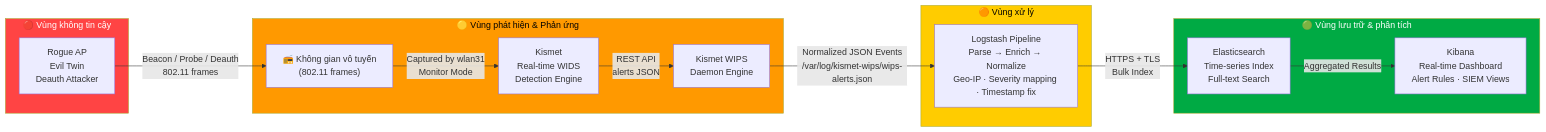
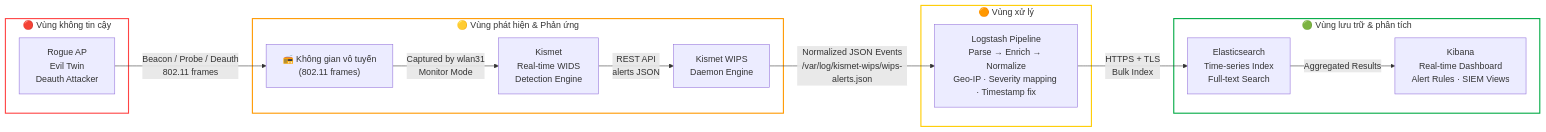
Before and after one commit to ph4n10m1808/wireless-mobile-network-security-project: the seventh of 7 diagrams in DATA_FLOW.md, drawn with Mermaid. The commit also changed other lines of this file and 9 other files, not shown here.

````diff
--- a/DATA_FLOW.md
+++ b/DATA_FLOW.md
@@ -309,33 +309,33 @@
 ```mermaid
 flowchart LR
     subgraph UNTRUSTED["🔴 Vùng không tin cậy"]
         ROGUE2["Rogue AP\nEvil Twin\nDeauth Attacker"]
     end
 
     subgraph DETECTION["🟡 Vùng phát hiện & Phản ứng"]
         AIR["📻 Không gian vô tuyến\n(802.11 frames)"]
         KS2["Kismet\nReal-time WIDS\nDetection Engine"]
         WIPS["Kismet WIPS\nDaemon Engine"]
     end
 
     subgraph PROCESSING["🟠 Vùng xử lý"]
         PIPE["Logstash Pipeline\nParse → Enrich → Normalize\nGeo-IP · Severity mapping · Timestamp fix"]
     end
 
     subgraph STORAGE["🟢 Vùng lưu trữ & phân tích"]
         IDX["Elasticsearch\nTime-series Index\nFull-text Search"]
         DASH["Kibana\nReal-time Dashboard\nAlert Rules · SIEM Views"]
     end
 
     ROGUE2 -->|"Beacon / Probe / Deauth\n802.11 frames"| AIR
     AIR -->|"Captured by wlan31\nMonitor Mode"| KS2
     KS2 -->|"REST API\nalerts JSON"| WIPS
     WIPS -->|"Normalized JSON Events\n/var/log/kismet-wips/wips-alerts.json"| PIPE
     PIPE -->|"HTTPS + TLS\nBulk Index"| IDX
     IDX -->|"Aggregated Results"| DASH
 
-    style UNTRUSTED fill:#ff4444,color:#fff
-    style DETECTION fill:#ff9900,color:#000
-    style PROCESSING fill:#ffcc00,color:#000
-    style STORAGE fill:#00aa44,color:#fff
+    style UNTRUSTED fill:none,stroke:#ff4444,stroke-width:2px
+    style DETECTION fill:none,stroke:#ff9900,stroke-width:2px
+    style PROCESSING fill:none,stroke:#ffcc00,stroke-width:2px
+    style STORAGE fill:none,stroke:#00aa44,stroke-width:2px
 ```
````
